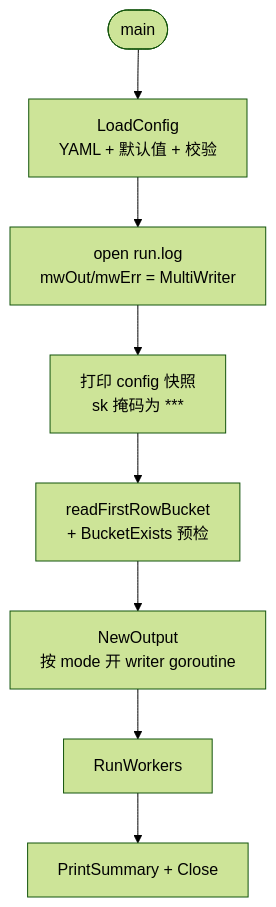
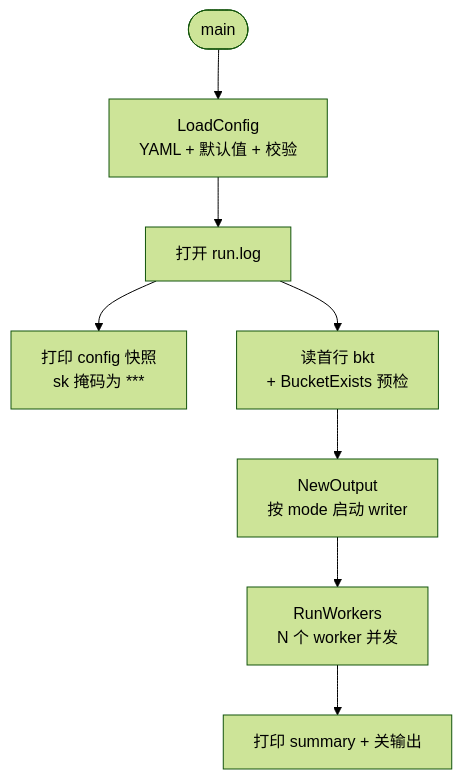
The first of 4 diagrams in delete_marker_cleanup_tool/AGENTS.md (gengyuanzhe/chunked_check_tool), drawn with Mermaid (forest theme) before and after one commit. The commit also changed 1 other file, not shown here.

Commit message:
docs(agents): flow diagrams describe business steps, not impl tricks

````diff
--- a/delete_marker_cleanup_tool/AGENTS.md
+++ b/delete_marker_cleanup_tool/AGENTS.md
@@ -42,10 +42,10 @@
 ```mermaid
 flowchart TD
     Start([main]) --> LoadCfg[LoadConfig<br/>YAML + 默认值 + 校验]
-    LoadCfg --> OpenLog[open run.log<br/>mwOut/mwErr = MultiWriter]
+    LoadCfg --> OpenLog[打开 run.log]
     OpenLog --> Snapshot[打印 config 快照<br/>sk 掩码为 ***]
-    Snapshot --> Preflight["readFirstRowBucket<br/>+ BucketExists 预检"]
-    Preflight --> NewOut[NewOutput<br/>按 mode 开 writer goroutine]
-    NewOut --> Run[RunWorkers]
-    Run --> Summary[PrintSummary + Close]
+    OpenLog --> Preflight["读首行 bkt<br/>+ BucketExists 预检"]
+    Preflight --> NewOut[NewOutput<br/>按 mode 启动 writer]
+    NewOut --> Run[RunWorkers<br/>N 个 worker 并发]
+    Run --> Summary[打印 summary + 关输出]
 ```
````
